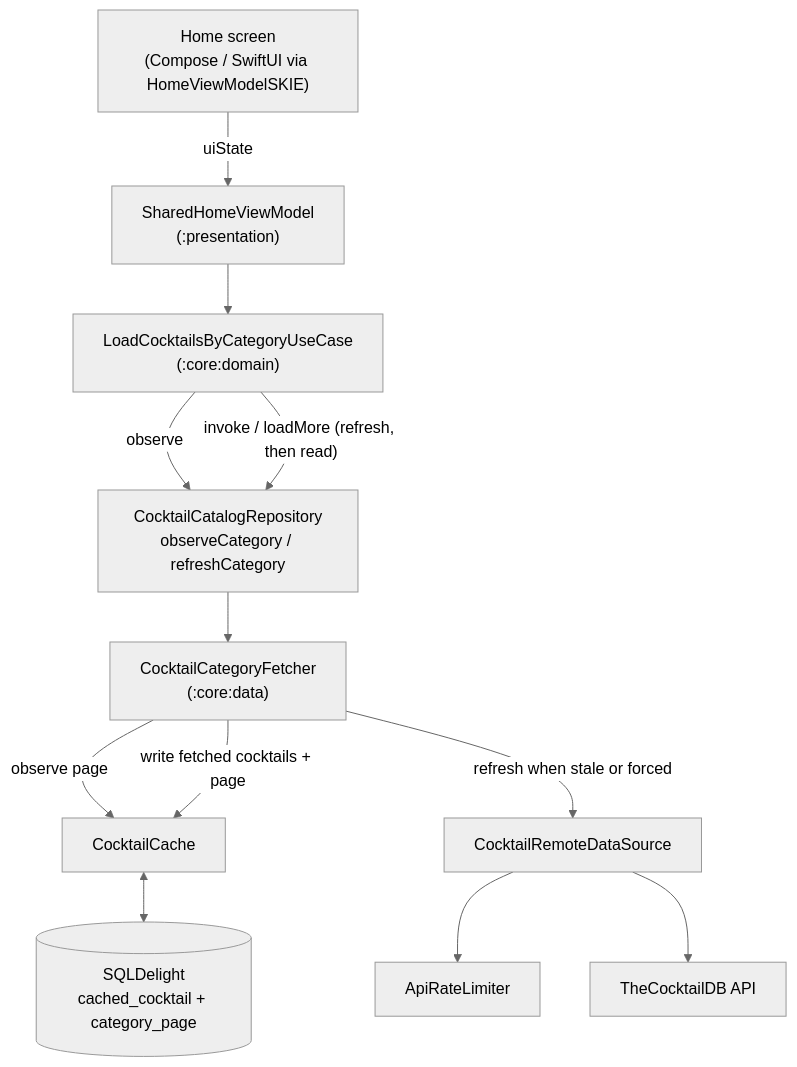
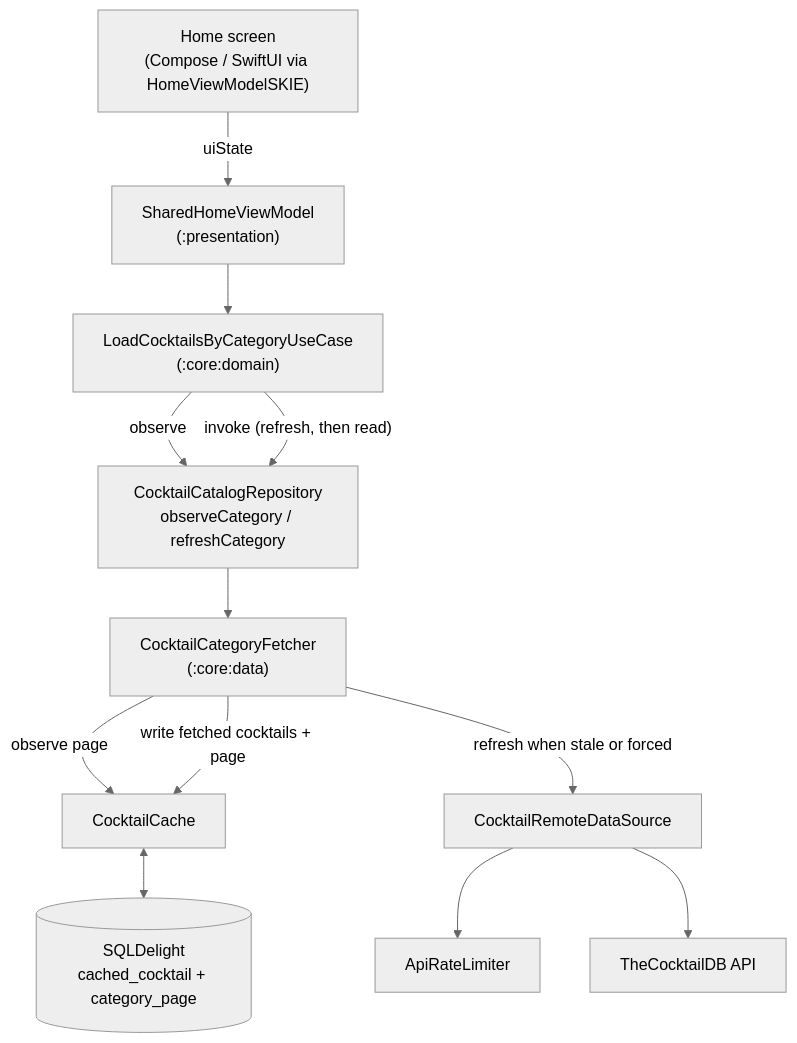
Before and after one commit to robto09/CocktailCraft: the diagram in docs/images/mermaid/catalog_flow.md, drawn with Mermaid (neutral theme). The commit also changed other lines of this file and 5 other files, not shown here.

````diff
--- a/docs/images/mermaid/catalog_flow.md
+++ b/docs/images/mermaid/catalog_flow.md
@@ -8,25 +10,25 @@
 ```mermaid
 flowchart TD
     Screen["Home screen<br/>(Compose / SwiftUI via HomeViewModelSKIE)"]
     VM["SharedHomeViewModel<br/>(:presentation)"]
     UC["LoadCocktailsByCategoryUseCase<br/>(:core:domain)"]
     Repo["CocktailCatalogRepository<br/>observeCategory / refreshCategory"]
     Fetcher["CocktailCategoryFetcher<br/>(:core:data)"]
     Cache["CocktailCache"]
     DB[("SQLDelight<br/>cached_cocktail + category_page")]
     Remote["CocktailRemoteDataSource"]
     Limiter["ApiRateLimiter"]
     API["TheCocktailDB API"]
 
     Screen -->|"uiState"| VM
     VM --> UC
     UC -->|"observe"| Repo
-    UC -->|"invoke / loadMore (refresh, then read)"| Repo
+    UC -->|"invoke (refresh, then read)"| Repo
     Repo --> Fetcher
     Fetcher -->|"observe page"| Cache
     Fetcher -->|"refresh when stale or forced"| Remote
     Remote --> Limiter
     Remote --> API
     Fetcher -->|"write fetched cocktails + page"| Cache
     Cache <--> DB
 ```
````
